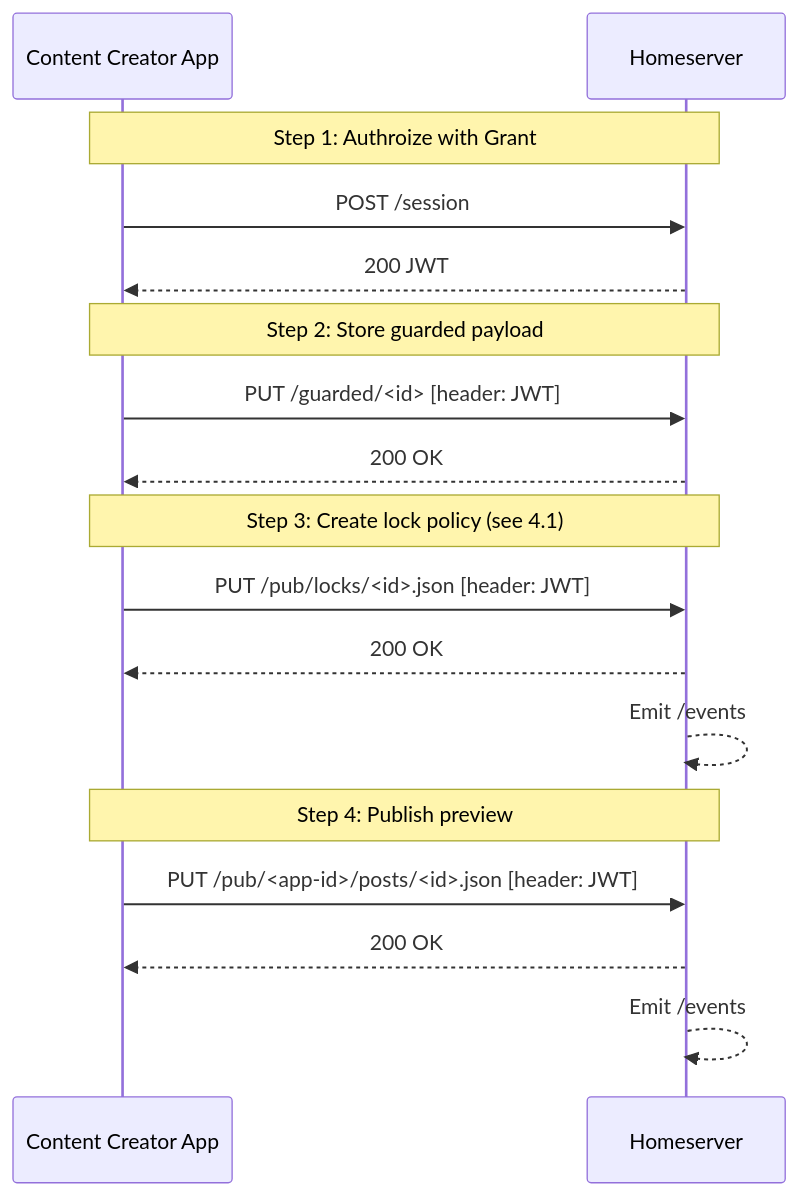
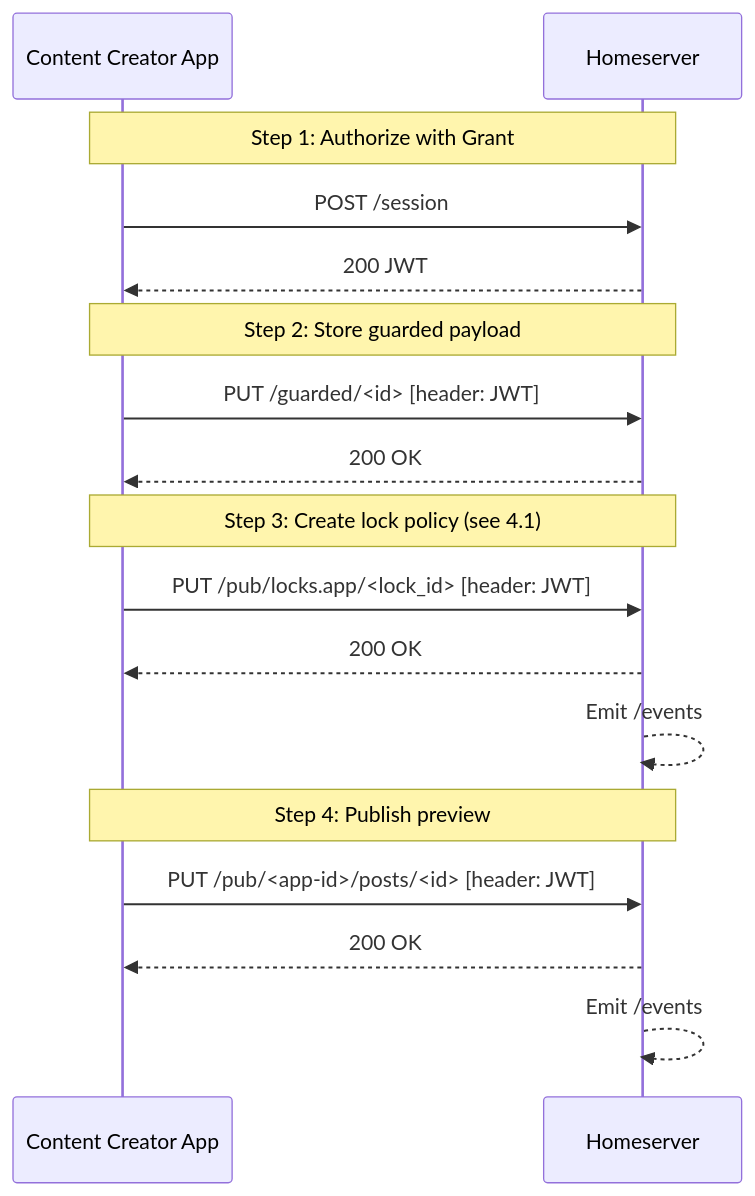
Before and after one commit to BitcoinErrorLog/pubky-locks: the first of 2 diagrams in lock_server.md, drawn with Mermaid. The commit also changed other lines of this file, not shown here.

Commit message:
lock server proxy view: polished

````diff
--- a/lock_server.md
+++ b/lock_server.md
@@ -85,26 +86,26 @@
 ```mermaid
 sequenceDiagram
   participant C as Content Creator App
   participant H as Homeserver
 
-  Note over C,H: Step 1: Authroize with Grant
+  Note over C,H: Step 1: Authorize with Grant
   C->>H: POST /session
   H-->>C: 200 JWT
 
   Note over C,H: Step 2: Store guarded payload
   C->>H: PUT /guarded/<id> [header: JWT]
   H-->>C: 200 OK
 
   Note over C,H: Step 3: Create lock policy (see 4.1)
-  C->>H: PUT /pub/locks/<id>.json [header: JWT]
+  C->>H: PUT /pub/locks.app/<lock_id> [header: JWT]
   H-->>C: 200 OK
 
   H-->>H: Emit /events
 
   Note over C,H: Step 4: Publish preview
-  C->>H: PUT /pub/<app-id>/posts/<id>.json [header: JWT]
+  C->>H: PUT /pub/<app-id>/posts/<id> [header: JWT]
   H-->>C: 200 OK
 
   H-->>H: Emit /events
 
 ```
````
